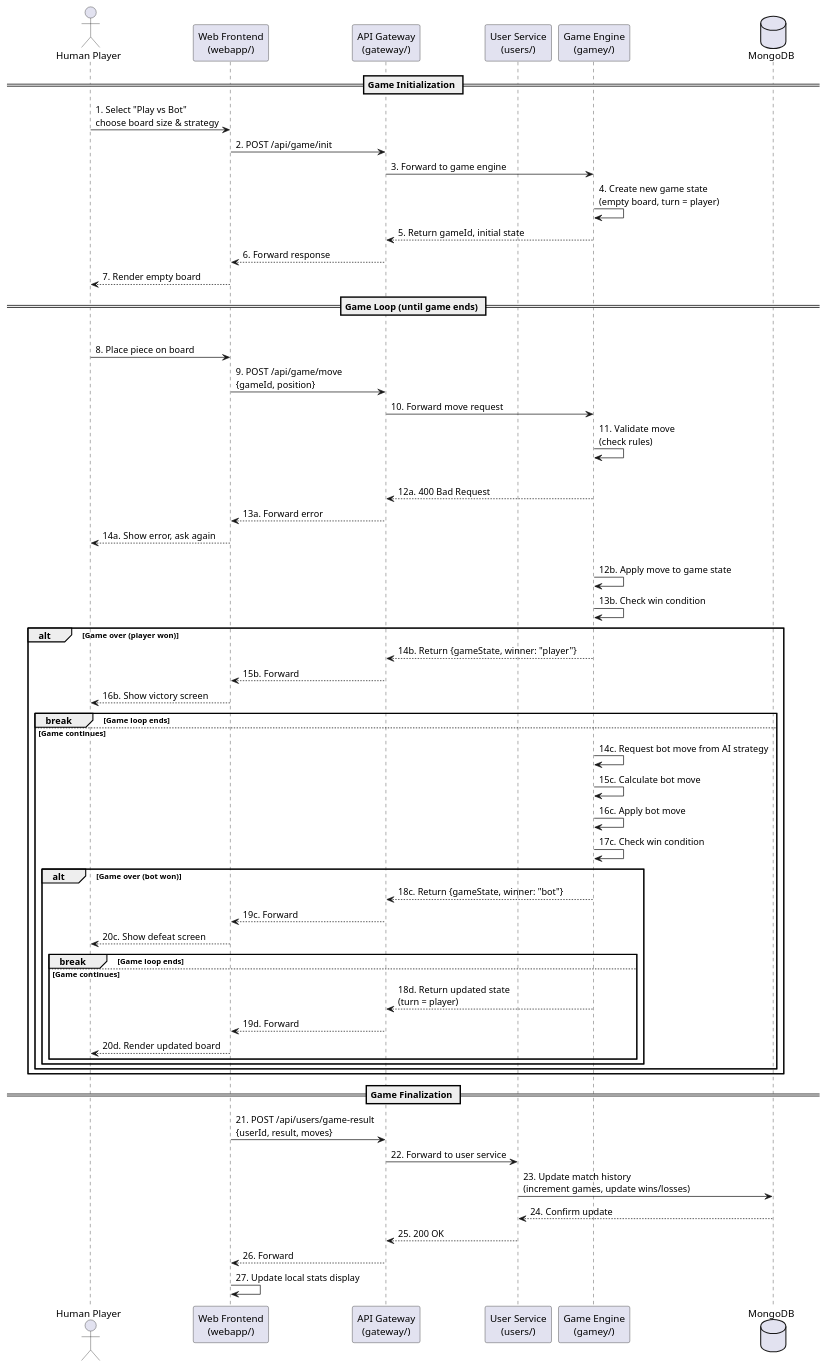
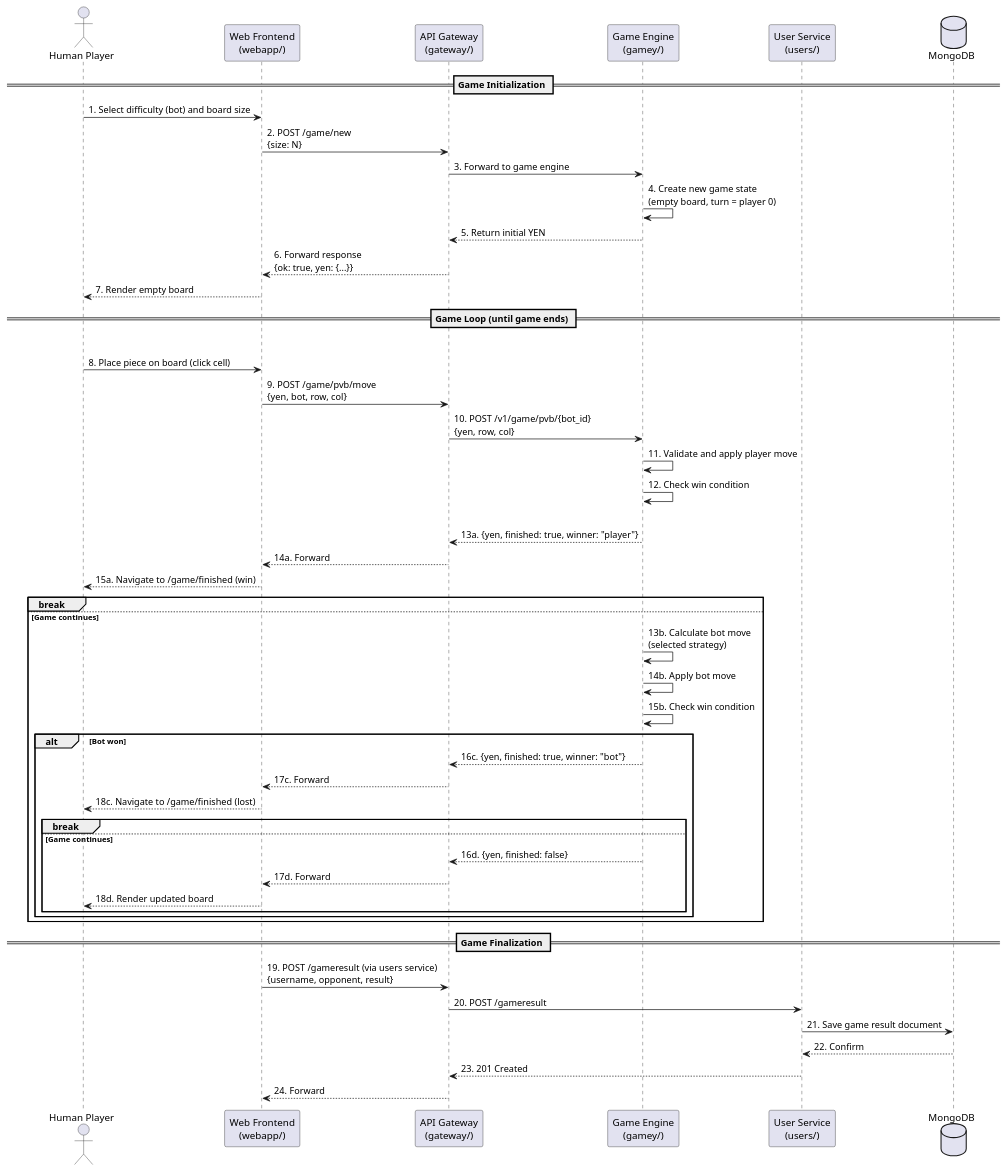
Before and after one commit to Arquisoft/yovi_en2c: the third of 7 diagrams in docs/src/06_runtime_view.adoc, drawn with PlantUML. The commit also changed other lines of this file, not shown here.

Commit message:
Rewrite Scenario 1 to include the Authentication Service as an intermediate participant between gateway and users service. Add Scenario 4.4 for expired/invalid JWT token handling and correct game result route to /gameresult.

```diff
--- a/docs/src/06_runtime_view.adoc
+++ b/docs/src/06_runtime_view.adoc
@@ -182,71 +151,60 @@
 [plantuml,"Game vs Bot Sequence",png]
 ----
 @startuml
 actor "Human Player" as User
 participant "Web Frontend\n(webapp/)" as Webapp
 participant "API Gateway\n(gateway/)" as Gateway
+participant "Game Engine\n(gamey/)" as Gamey
 participant "User Service\n(users/)" as Users
-participant "Game Engine\n(gamey/)" as Gamey
 database "MongoDB" as DB
 
 == Game Initialization ==
-User -> Webapp: 1. Select "Play vs Bot"\nchoose board size & strategy
-Webapp -> Gateway: 2. POST /api/game/init
+User -> Webapp: 1. Select difficulty (bot) and board size
+Webapp -> Gateway: 2. POST /game/new\n{size: N}
 Gateway -> Gamey: 3. Forward to game engine
-
-Gamey -> Gamey: 4. Create new game state\n(empty board, turn = player)
-Gamey --> Gateway: 5. Return gameId, initial state
-Gateway --> Webapp: 6. Forward response
+Gamey -> Gamey: 4. Create new game state\n(empty board, turn = player 0)
+Gamey --> Gateway: 5. Return initial YEN
+Gateway --> Webapp: 6. Forward response\n{ok: true, yen: {...}}
 Webapp --> User: 7. Render empty board
 
 == Game Loop (until game ends) ==
 loop Each turn
-    User -> Webapp: 8. Place piece on board
-    Webapp -> Gateway: 9. POST /api/game/move\n{gameId, position}
-    Gateway -> Gamey: 10. Forward move request
+    User -> Webapp: 8. Place piece on board (click cell)
+    Webapp -> Gateway: 9. POST /game/pvb/move\n{yen, bot, row, col}
+    Gateway -> Gamey: 10. POST /v1/game/pvb/{bot_id}\n{yen, row, col}
 
-    Gamey -> Gamey: 11. Validate move\n(check rules)
+    Gamey -> Gamey: 11. Validate and apply player move
+    Gamey -> Gamey: 12. Check win condition
 
-    alt Invalid move
-        Gamey --> Gateway: 12a. 400 Bad Request
-        Gateway --> Webapp: 13a. Forward error
-        Webapp --> User: 14a. Show error, ask again
-    else Valid move
-        Gamey -> Gamey: 12b. Apply move to game state
-        Gamey -> Gamey: 13b. Check win condition
+    alt Player won
+        Gamey --> Gateway: 13a. {yen, finished: true, winner: "player"}
+        Gateway --> Webapp: 14a. Forward
+        Webapp --> User: 15a. Navigate to /game/finished (win)
+        break
+    else Game continues
+        Gamey -> Gamey: 13b. Calculate bot move\n(selected strategy)
+        Gamey -> Gamey: 14b. Apply bot move
+        Gamey -> Gamey: 15b. Check win condition
 
-        alt Game over (player won)
-            Gamey --> Gateway: 14b. Return {gameState, winner: "player"}
-            Gateway --> Webapp: 15b. Forward
-            Webapp --> User: 16b. Show victory screen
-            break Game loop ends
+        alt Bot won
+            Gamey --> Gateway: 16c. {yen, finished: true, winner: "bot"}
+            Gateway --> Webapp: 17c. Forward
+            Webapp --> User: 18c. Navigate to /game/finished (lost)
+            break
         else Game continues
-            Gamey -> Gamey: 14c. Request bot move from AI strategy
-            Gamey -> Gamey: 15c. Calculate bot move
-            Gamey -> Gamey: 16c. Apply bot move
-            Gamey -> Gamey: 17c. Check win condition
-
-            alt Game over (bot won)
-                Gamey --> Gateway: 18c. Return {gameState, winner: "bot"}
-                Gateway --> Webapp: 19c. Forward
-                Webapp --> User: 20c. Show defeat screen
-                break Game loop ends
-            else Game continues
-                Gamey --> Gateway: 18d. Return updated state\n(turn = player)
-                Gateway --> Webapp: 19d. Forward
-                Webapp --> User: 20d. Render updated board
-            end
+            Gamey --> Gateway: 16d. {yen, finished: false}
+            Gateway --> Webapp: 17d. Forward
+            Webapp --> User: 18d. Render updated board
         end
     end
 end
 
 == Game Finalization ==
-Webapp -> Gateway: 21. POST /api/users/game-result\n{userId, result, moves}
-Gateway -> Users: 22. Forward to user service
-Users -> DB: 23. Update match history\n(increment games, update wins/losses)
-DB --> Users: 24. Confirm update
-Users --> Gateway: 25. 200 OK
-Gateway --> Webapp: 26. Forward
-Webapp -> Webapp: 27. Update local stats display
+Webapp -> Gateway: 19. POST /gameresult (via users service)\n{username, opponent, result}
+Gateway -> Users: 20. POST /gameresult
+Users -> DB: 21. Save game result document
+DB --> Users: 22. Confirm
+Users --> Gateway: 23. 201 Created
+Gateway --> Webapp: 24. Forward
 @enduml
 ----
```
